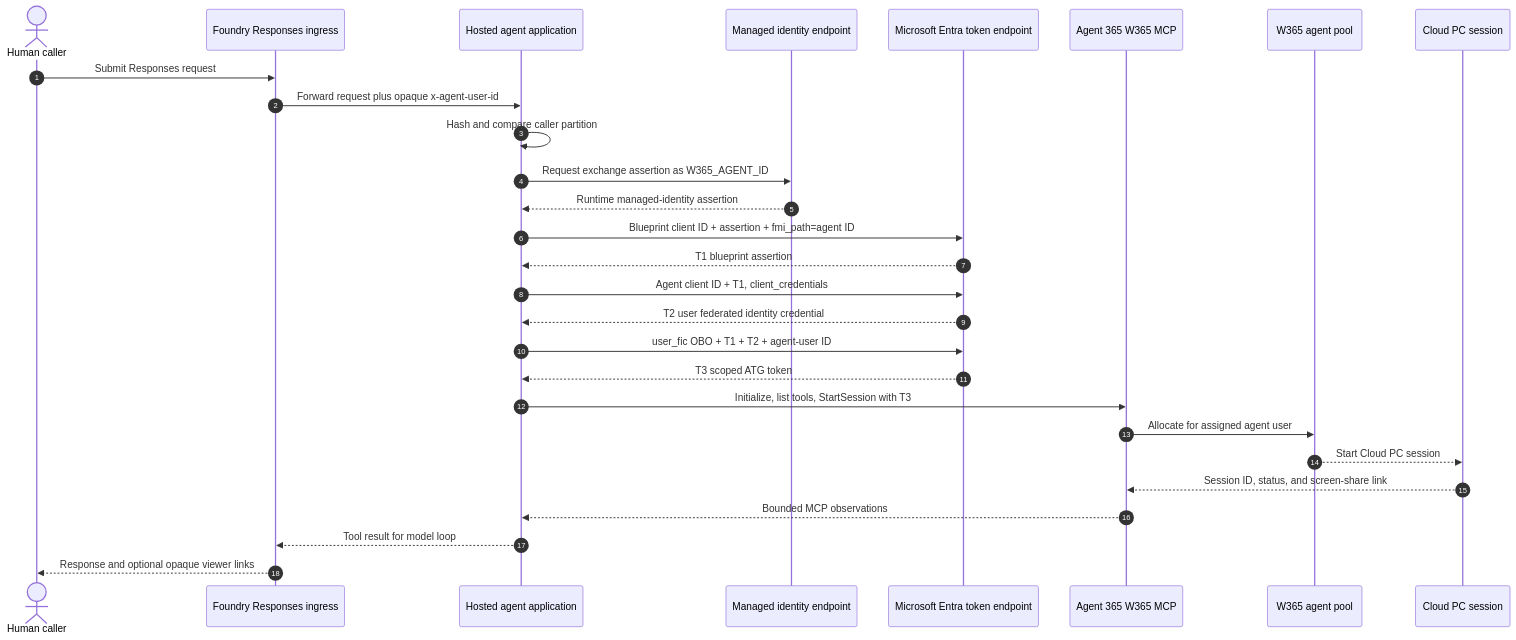
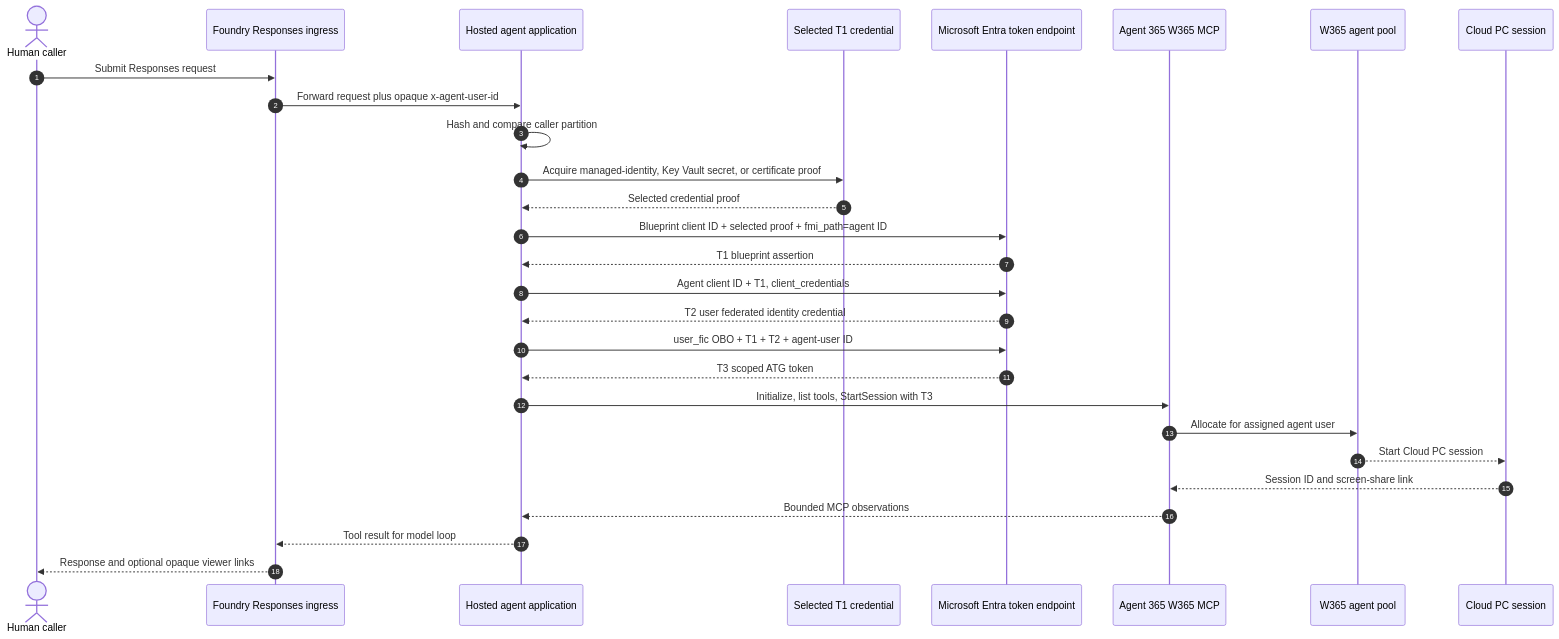
Before and after one commit to pachaturvedi/computer-use-foundry-agent-win365: the third of 3 diagrams in docs/ARCHITECTURE.md, drawn with Mermaid. The commit also changed other lines of this file and 51 other files, not shown here.

````diff
--- a/docs/ARCHITECTURE.md
+++ b/docs/ARCHITECTURE.md
@@ -255,31 +255,31 @@
 ```mermaid
 sequenceDiagram
    autonumber
    actor User as Human caller
    participant Ingress as Foundry Responses ingress
    participant Host as Hosted agent application
-   participant MI as Managed identity endpoint
+   participant Credential as Selected T1 credential
    participant Entra as Microsoft Entra token endpoint
    participant MCP as Agent 365 W365 MCP
    participant Pool as W365 agent pool
    participant PC as Cloud PC session
 
    User->>Ingress: Submit Responses request
    Ingress->>Host: Forward request plus opaque x-agent-user-id
    Host->>Host: Hash and compare caller partition
-   Host->>MI: Request exchange assertion as W365_AGENT_ID
-   MI-->>Host: Runtime managed-identity assertion
-   Host->>Entra: Blueprint client ID + assertion + fmi_path=agent ID
+   Host->>Credential: Acquire managed-identity, Key Vault secret, or certificate proof
+   Credential-->>Host: Selected credential proof
+   Host->>Entra: Blueprint client ID + selected proof + fmi_path=agent ID
    Entra-->>Host: T1 blueprint assertion
    Host->>Entra: Agent client ID + T1, client_credentials
    Entra-->>Host: T2 user federated identity credential
    Host->>Entra: user_fic OBO + T1 + T2 + agent-user ID
    Entra-->>Host: T3 scoped ATG token
    Host->>MCP: Initialize, list tools, StartSession with T3
    MCP->>Pool: Allocate for assigned agent user
    Pool-->>PC: Start Cloud PC session
-   PC-->>MCP: Session ID, status, and screen-share link
+   PC-->>MCP: Session ID and screen-share link
    MCP-->>Host: Bounded MCP observations
    Host-->>Ingress: Tool result for model loop
    Ingress-->>User: Response and optional opaque viewer links
 ```
````
